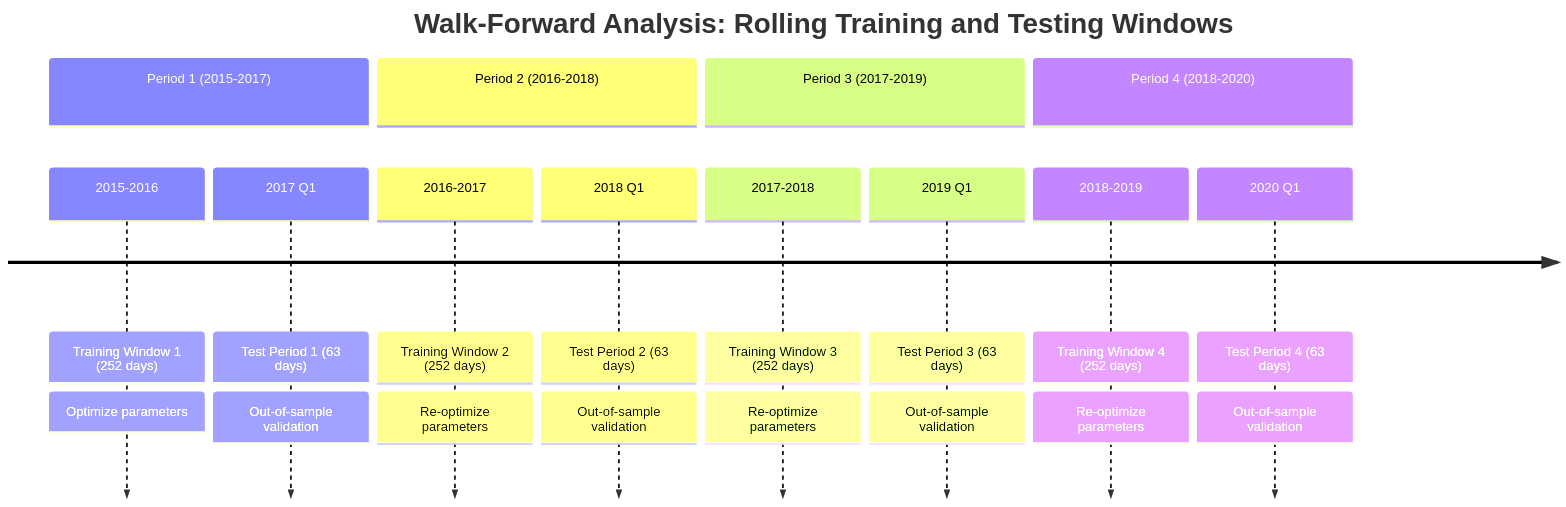
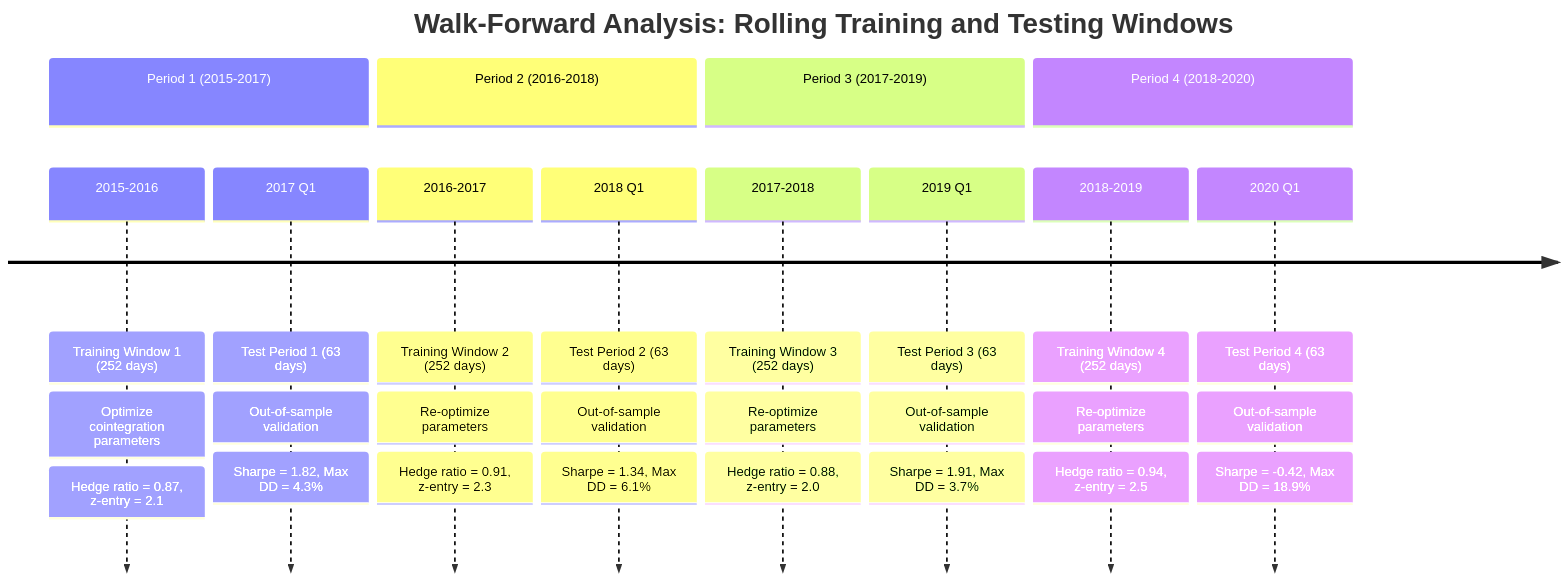
One commit to openSVM/osvm-cli changed the second of 7 diagrams in docs/book/09_backtesting.md. Above: the diagram before and after it, drawn with Mermaid. The commit also changed other lines of this file, not shown here.

````diff
--- a/docs/book/09_backtesting.md
+++ b/docs/book/09_backtesting.md
@@ -454,24 +101,32 @@
 ```mermaid
 timeline
     title Walk-Forward Analysis: Rolling Training and Testing Windows
     section Period 1 (2015-2017)
         2015-2016 : Training Window 1 (252 days)
-                  : Optimize parameters
+                  : Optimize cointegration parameters
+                  : Hedge ratio = 0.87, z-entry = 2.1
         2017 Q1 : Test Period 1 (63 days)
                 : Out-of-sample validation
+                : Sharpe = 1.82, Max DD = 4.3%
     section Period 2 (2016-2018)
         2016-2017 : Training Window 2 (252 days)
                   : Re-optimize parameters
+                  : Hedge ratio = 0.91, z-entry = 2.3
         2018 Q1 : Test Period 2 (63 days)
                 : Out-of-sample validation
+                : Sharpe = 1.34, Max DD = 6.1%
     section Period 3 (2017-2019)
         2017-2018 : Training Window 3 (252 days)
                   : Re-optimize parameters
+                  : Hedge ratio = 0.88, z-entry = 2.0
         2019 Q1 : Test Period 3 (63 days)
                 : Out-of-sample validation
+                : Sharpe = 1.91, Max DD = 3.7%
     section Period 4 (2018-2020)
         2018-2019 : Training Window 4 (252 days)
                   : Re-optimize parameters
+                  : Hedge ratio = 0.94, z-entry = 2.5
         2020 Q1 : Test Period 4 (63 days)
                 : Out-of-sample validation
+                : Sharpe = -0.42, Max DD = 18.9%
 ```
````
